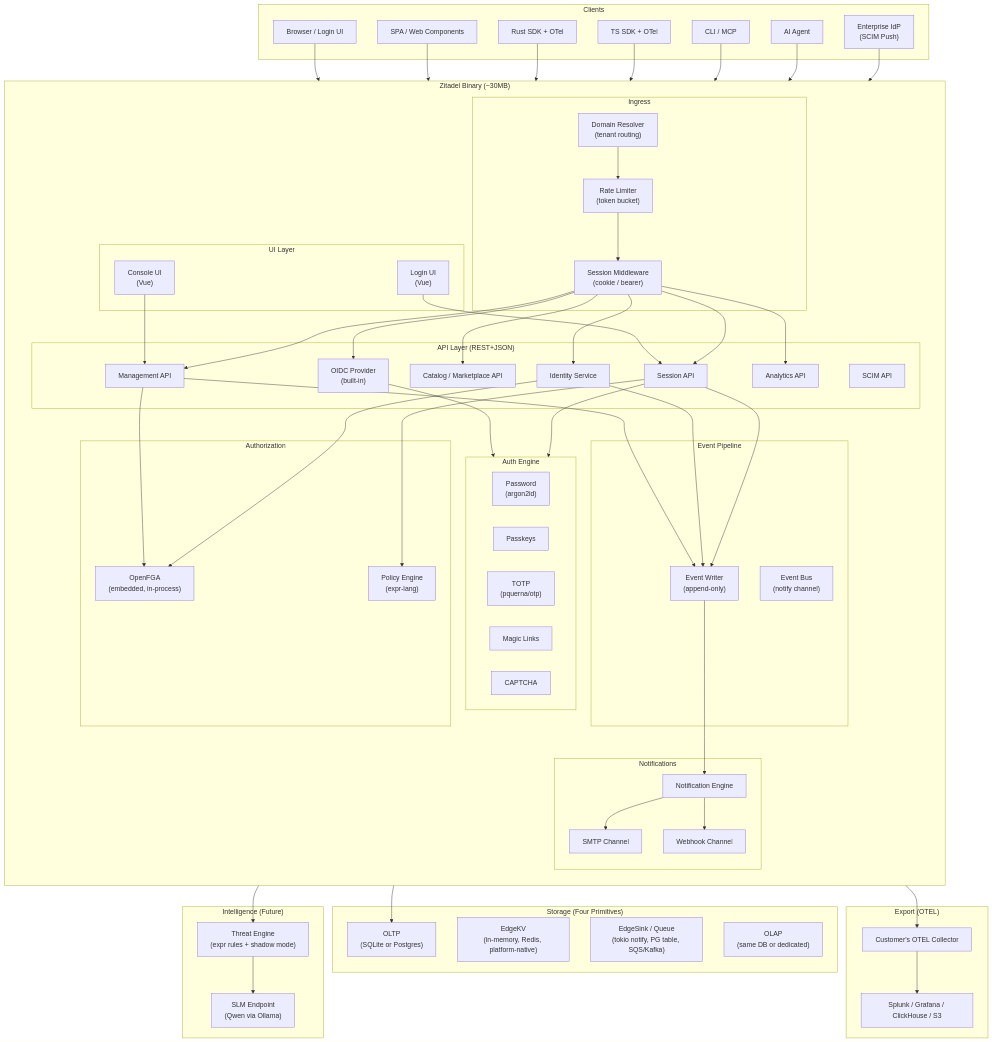
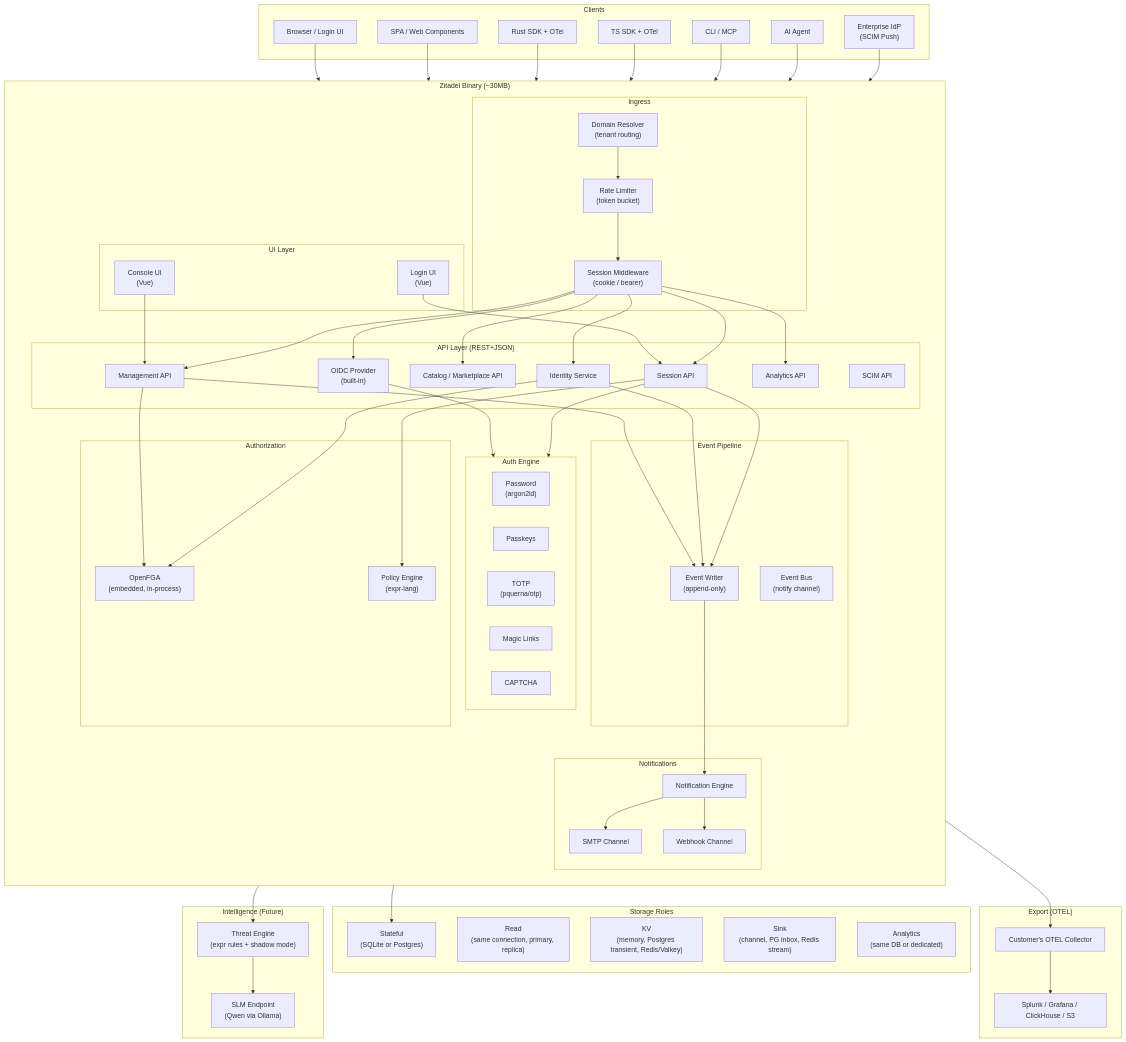
Before and after one commit to fforootd/hodor: the first of 3 diagrams in docs/architecture/overview.md, drawn with Mermaid. The commit also changed other lines of this file and 63 other files, not shown here.

```diff
--- a/docs/architecture/overview.md
+++ b/docs/architecture/overview.md
@@ -65,11 +65,12 @@
         end
     end
 
-    subgraph Storage["Storage (Four Primitives)"]
-        OLTP_S["OLTP<br/>(SQLite or Postgres)"]
-        KV_S["EdgeKV<br/>(in-memory, Redis, platform-native)"]
-        Queue_S["EdgeSink / Queue<br/>(tokio notify, PG table, SQS/Kafka)"]
-        OLAP_S["OLAP<br/>(same DB or dedicated)"]
+    subgraph Storage["Storage Roles"]
+        Stateful_S["Stateful<br/>(SQLite or Postgres)"]
+        Read_S["Read<br/>(same connection, primary, replica)"]
+        KV_S["KV<br/>(memory, Postgres transient, Redis/Valkey)"]
+        Sink_S["Sink<br/>(channel, PG inbox, Redis stream)"]
+        Analytics_S["Analytics<br/>(same DB or dedicated)"]
     end
 
     subgraph Export["Export (OTEL)"]
@@ -113,7 +114,7 @@
     IdentityAPI --> EventWriter
     MgmtAPI --> EventWriter
 
-    EventWriter --> OLTP_S
+    EventWriter --> Stateful_S
 
     EventWriter --> NotifyEngine
     NotifyEngine --> SMTP_C
```
